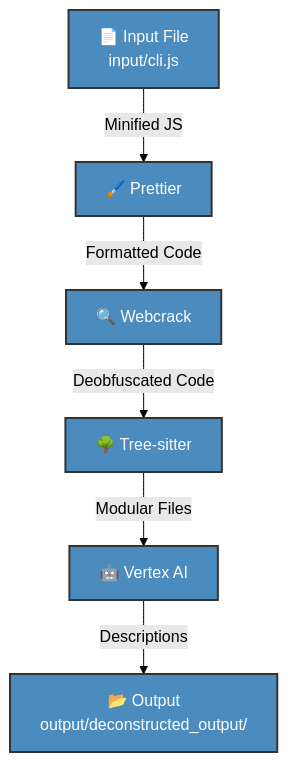
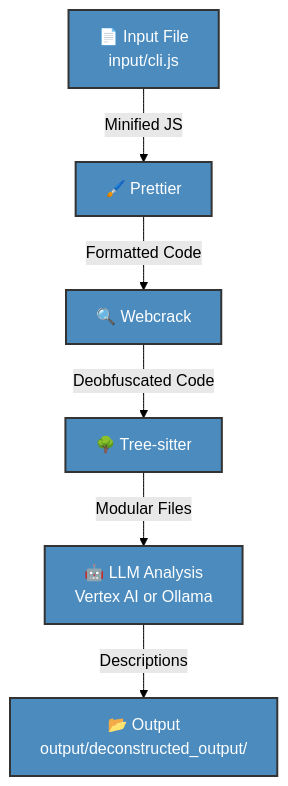
One commit to grahama1970/js-decompiler changed the diagram in README.md. Above: the diagram before and after it, drawn with Mermaid (forest theme). The commit also changed other lines of this file and 3 other files, not shown here.

Commit message:
adding the ability to add local Ollama models along with Vertex AI models

````diff
--- a/README.md
+++ b/README.md
@@ -149,11 +169,11 @@
 ```mermaid
 graph TD
     A[📄 Input File<br>input/cli.js] -->|Minified JS| B[🖌️ Prettier]
     B -->|Formatted Code| C[🔍 Webcrack]
     C -->|Deobfuscated Code| D[🌳 Tree-sitter]
-    D -->|Modular Files| E[🤖 Vertex AI]
+    D -->|Modular Files| E[🤖 LLM Analysis<br>Vertex AI or Ollama]
     E -->|Descriptions| F[📂 Output<br>output/deconstructed_output/]
     
     classDef pipeline fill:#4B8BBE,stroke:#333,stroke-width:2px,color:#FFF;
     class A,B,C,D,E,F pipeline;
 ```
````
